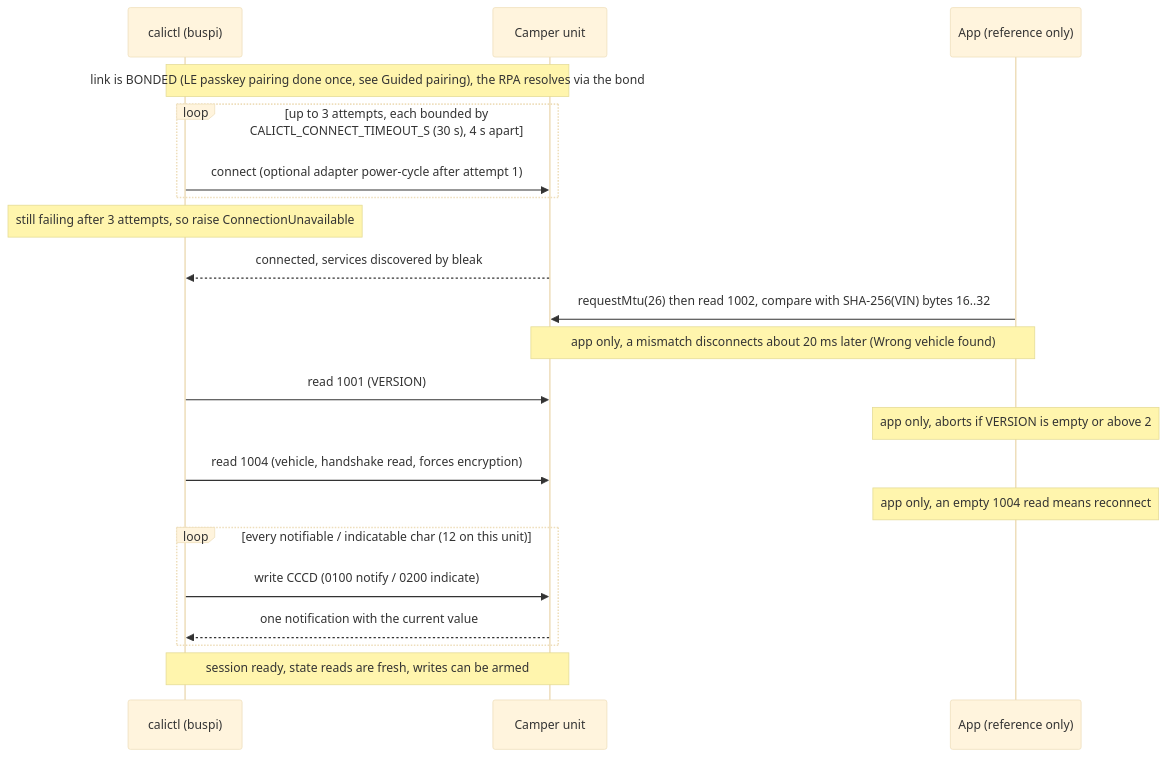
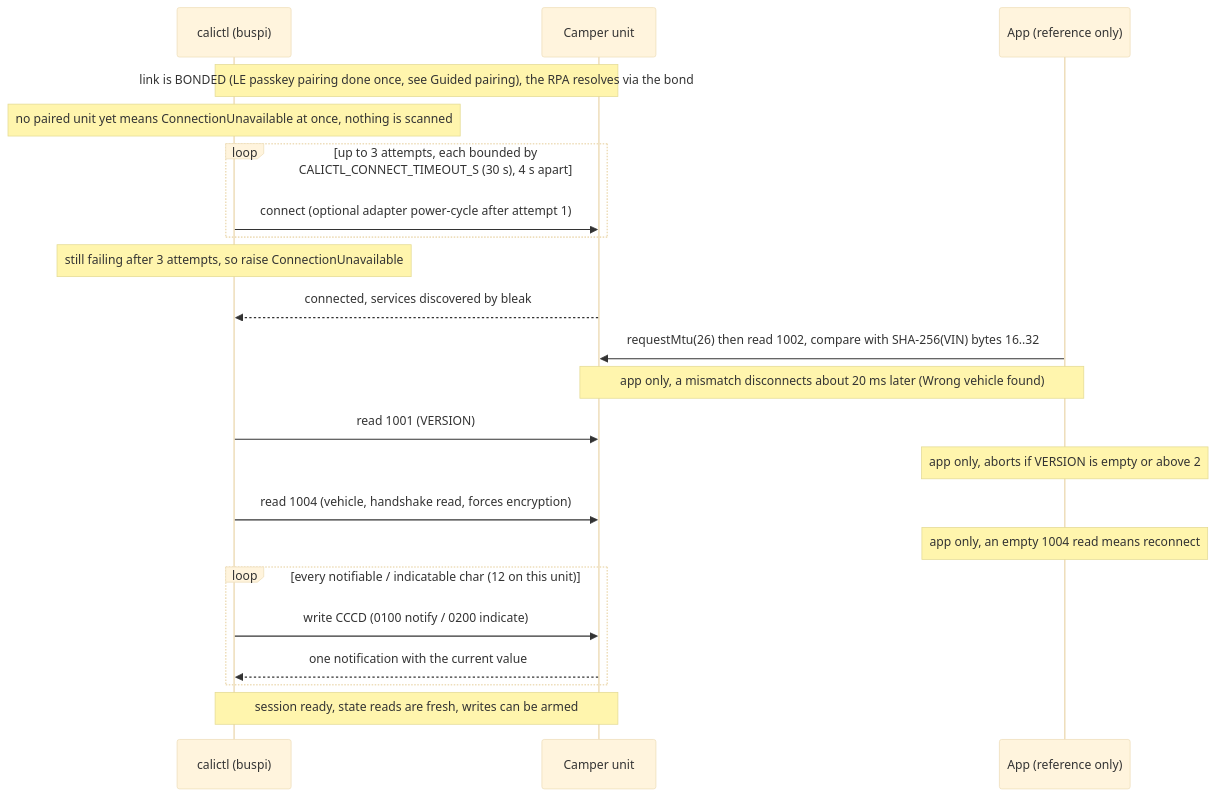
The first of 17 diagrams in docs/protocol-sequences.rst (ckeller42/open-california), drawn with Mermaid (base theme) before and after one commit. The commit also changed other lines of this file and 9 other files, not shown here.

First line of the commit message:
docs: audit the protocol sequence diagrams against the code and add the missing flows

```diff
--- a/docs/protocol-sequences.rst
+++ b/docs/protocol-sequences.rst
@@ -119,23 +191,24 @@
 .. mermaid::
 
     sequenceDiagram
         participant C as calictl (buspi)
         participant U as Camper unit
         participant A as App (reference only)
         Note over C,U: link is BONDED (LE passkey pairing done once, see Guided pairing), the RPA resolves via the bond
+        Note over C: no paired unit yet means ConnectionUnavailable at once, nothing is scanned
         loop up to 3 attempts, each bounded by CALICTL_CONNECT_TIMEOUT_S (30 s), 4 s apart
             C->>U: connect (optional adapter power-cycle after attempt 1)
         end
         Note over C: still failing after 3 attempts, so raise ConnectionUnavailable
         U-->>C: connected, services discovered by bleak
         A->>U: requestMtu(26) then read 1002, compare with SHA-256(VIN) bytes 16..32
         Note over A,U: app only, a mismatch disconnects about 20 ms later (Wrong vehicle found)
         C->>U: read 1001 (VERSION)
         Note over A: app only, aborts if VERSION is empty or above 2
         C->>U: read 1004 (vehicle, handshake read, forces encryption)
         Note over A: app only, an empty 1004 read means reconnect
         loop every notifiable / indicatable char (12 on this unit)
             C->>U: write CCCD (0100 notify / 0200 indicate)
             U-->>C: one notification with the current value
         end
         Note over C,U: session ready, state reads are fresh, writes can be armed
```
